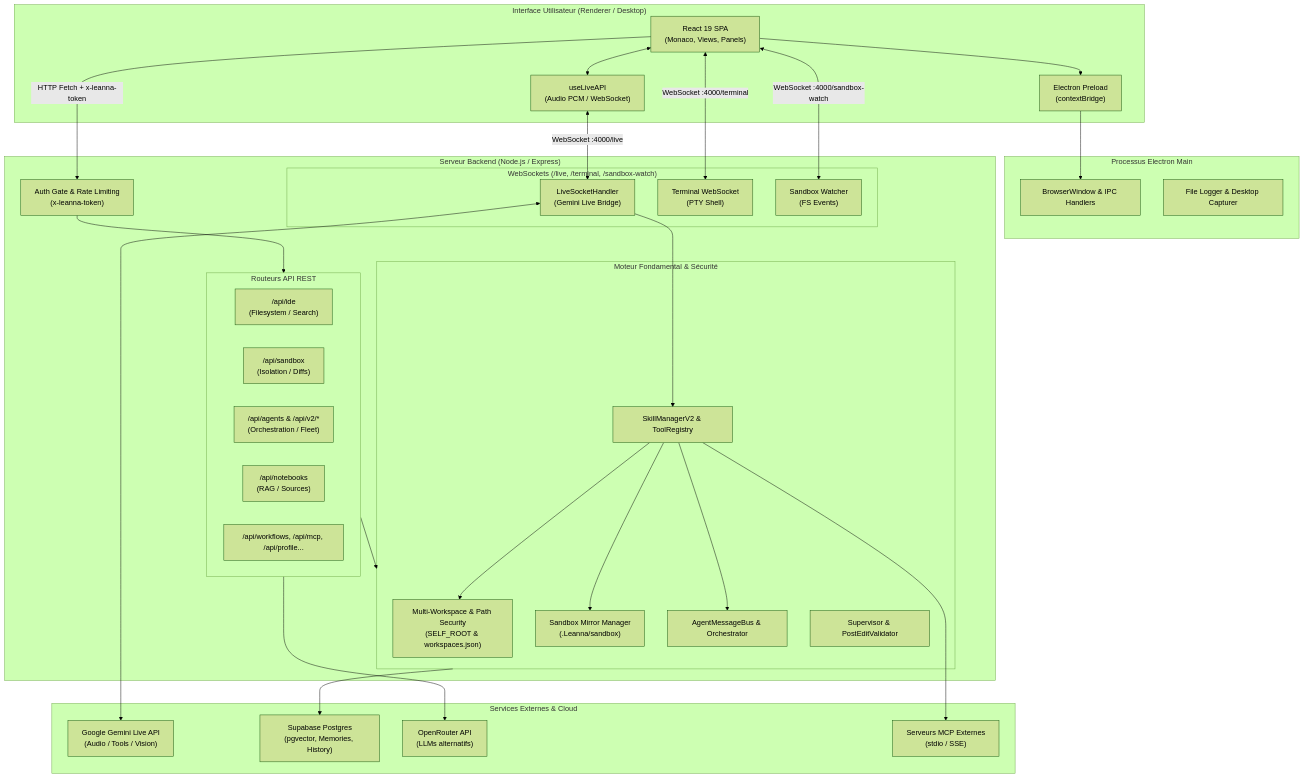
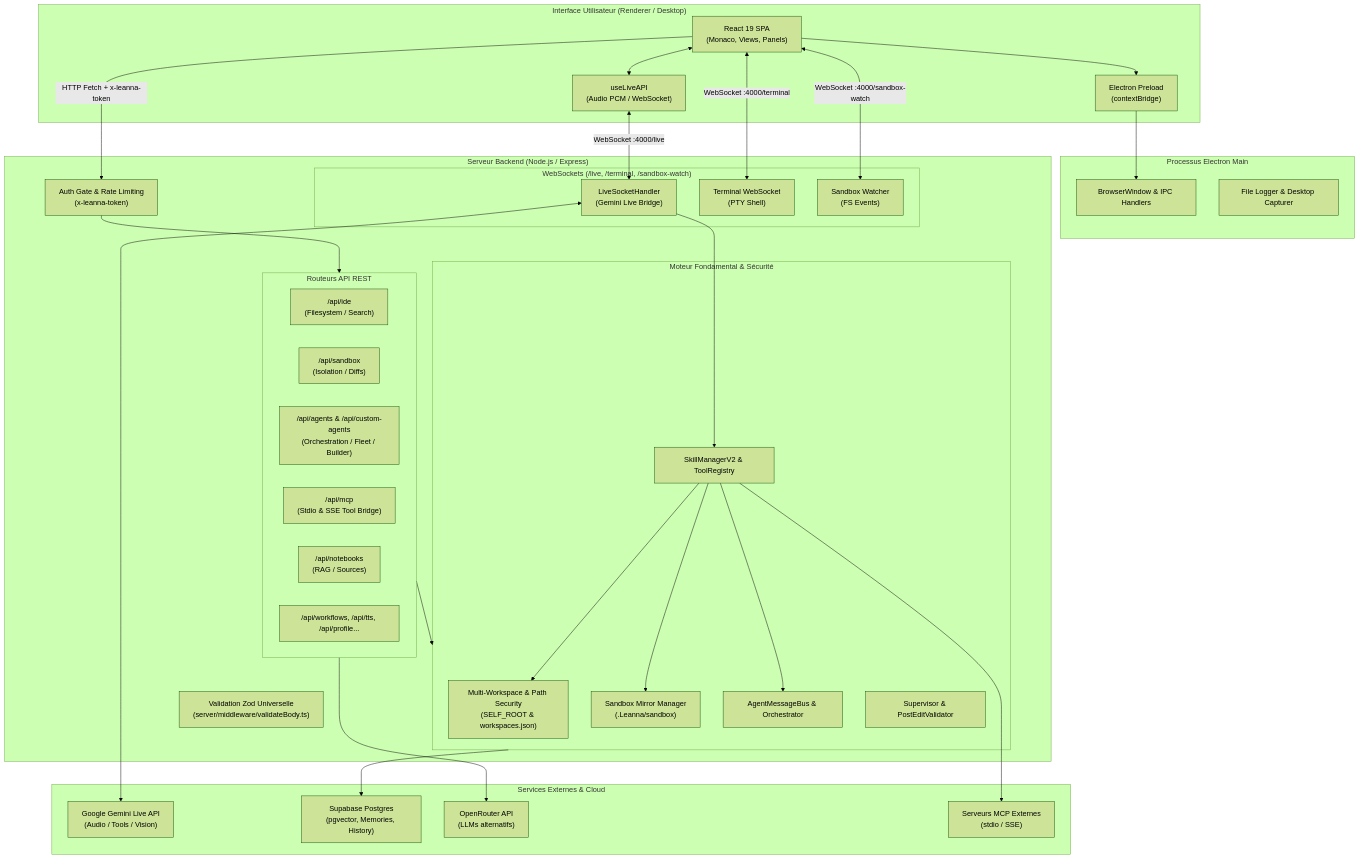
Before and after one commit to moonback/Leanna-IDE: the first of 2 diagrams in ARCHITECTURE.md, drawn with Mermaid (forest theme). The commit also changed other lines of this file and 3 other files, not shown here.

````diff
--- a/ARCHITECTURE.md
+++ b/ARCHITECTURE.md
@@ -5,66 +5,68 @@
 ```mermaid
 flowchart TB
     subgraph Client ["Interface Utilisateur (Renderer / Desktop)"]
         UI["React 19 SPA<br/>(Monaco, Views, Panels)"]
         Preload["Electron Preload<br/>(contextBridge)"]
         LiveHook["useLiveAPI<br/>(Audio PCM / WebSocket)"]
     end
 
     subgraph ElectronMain ["Processus Electron Main"]
         MainWin["BrowserWindow & IPC Handlers"]
         TrayLog["File Logger & Desktop Capturer"]
     end
 
     subgraph BackendServer ["Serveur Backend (Node.js / Express)"]
         AuthMiddleware["Auth Gate & Rate Limiting<br/>(x-leanna-token)"]
+        ZodValidator["Validation Zod Universelle<br/>(server/middleware/validateBody.ts)"]
         
         subgraph Routers ["Routeurs API REST"]
             IDERouter["/api/ide<br/>(Filesystem / Search)"]
             SandboxRouter["/api/sandbox<br/>(Isolation / Diffs)"]
-            AgentsRouter["/api/agents & /api/v2/*<br/>(Orchestration / Fleet)"]
+            AgentsRouter["/api/agents & /api/custom-agents<br/>(Orchestration / Fleet / Builder)"]
+            MCPRouter["/api/mcp<br/>(Stdio & SSE Tool Bridge)"]
             NotebooksRouter["/api/notebooks<br/>(RAG / Sources)"]
-            OtherRouters["/api/workflows, /api/mcp, /api/profile..."]
+            OtherRouters["/api/workflows, /api/tts, /api/profile..."]
         end
 
         subgraph Sockets ["WebSockets (/live, /terminal, /sandbox-watch)"]
             LiveHandler["LiveSocketHandler<br/>(Gemini Live Bridge)"]
             TermHandler["Terminal WebSocket<br/>(PTY Shell)"]
             WatchHandler["Sandbox Watcher<br/>(FS Events)"]
         end
 
         subgraph CoreEngine ["Moteur Fondamental & Sécurité"]
             SelfRoot["Multi-Workspace & Path Security<br/>(SELF_ROOT & workspaces.json)"]
             SandboxEngine["Sandbox Mirror Manager<br/>(.Leanna/sandbox)"]
             SkillRuntime["SkillManagerV2 & ToolRegistry"]
             AgentBus["AgentMessageBus & Orchestrator"]
             Supervisor["Supervisor & PostEditValidator"]
         end
     end
 
     subgraph External ["Services Externes & Cloud"]
         GeminiAPI["Google Gemini Live API<br/>(Audio / Tools / Vision)"]
         SupabaseDB["Supabase Postgres<br/>(pgvector, Memories, History)"]
         OpenRouterAPI["OpenRouter API<br/>(LLMs alternatifs)"]
         MCPServers["Serveurs MCP Externes<br/>(stdio / SSE)"]
     end
 
     UI --> Preload
     Preload --> MainWin
     UI <--> LiveHook
     LiveHook <-->|WebSocket :4000/live| LiveHandler
     UI <-->|WebSocket :4000/terminal| TermHandler
     UI <-->|WebSocket :4000/sandbox-watch| WatchHandler
     UI -->|HTTP Fetch + x-leanna-token| AuthMiddleware
 
     AuthMiddleware --> Routers
     LiveHandler <--> GeminiAPI
     LiveHandler --> SkillRuntime
     SkillRuntime --> SelfRoot
     SkillRuntime --> SandboxEngine
     SkillRuntime --> AgentBus
     SkillRuntime --> MCPServers
     
     Routers --> CoreEngine
     CoreEngine --> SupabaseDB
     Routers --> OpenRouterAPI
 ```
````
